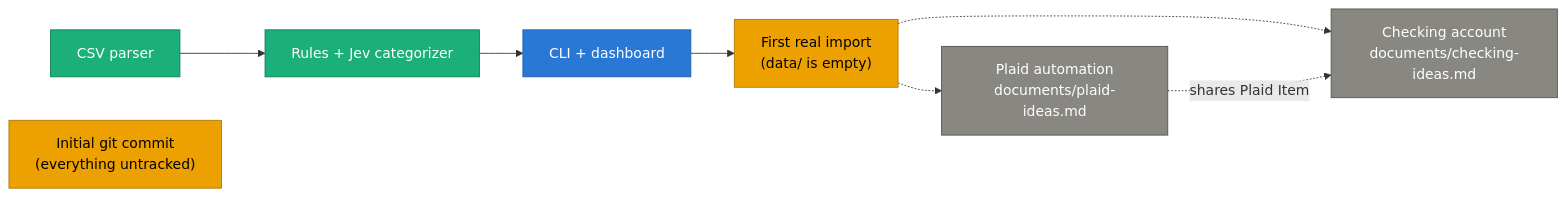
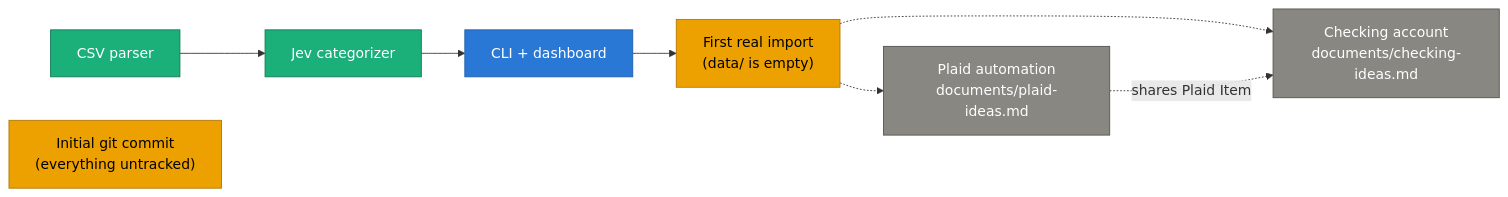
One commit to alessandrofelici/spending-tracker changed the sixth of 6 diagrams in STRUCTURE.md. Above: the diagram before and after it, drawn with Mermaid. The commit also changed other lines of this file and 9 other files, not shown here.

````diff
--- a/STRUCTURE.md
+++ b/STRUCTURE.md
@@ -237,20 +237,20 @@
 ```mermaid
 flowchart LR
     classDef active fill:#1baf7a,color:#fff,stroke:#0f7a54
     classDef ready fill:#2a78d6,color:#fff,stroke:#1c5cab
     classDef pending fill:#eda100,color:#000,stroke:#b07800
     classDef idea fill:#898781,color:#fff,stroke:#52514e
 
     s1["CSV parser"]:::active
-    s2["Rules + Jev categorizer"]:::active
+    s2["Jev categorizer"]:::active
     s3["CLI + dashboard"]:::ready
     s4["First real import<br/>(data/ is empty)"]:::pending
     s5["Initial git commit<br/>(everything untracked)"]:::pending
     s6["Plaid automation<br/>documents/plaid-ideas.md"]:::idea
     s7["Checking account<br/>documents/checking-ideas.md"]:::idea
 
     s1 --> s2 --> s3 --> s4
     s4 -.-> s6
     s4 -.-> s7
     s6 -. "shares Plaid Item" .-> s7
 ```
````
